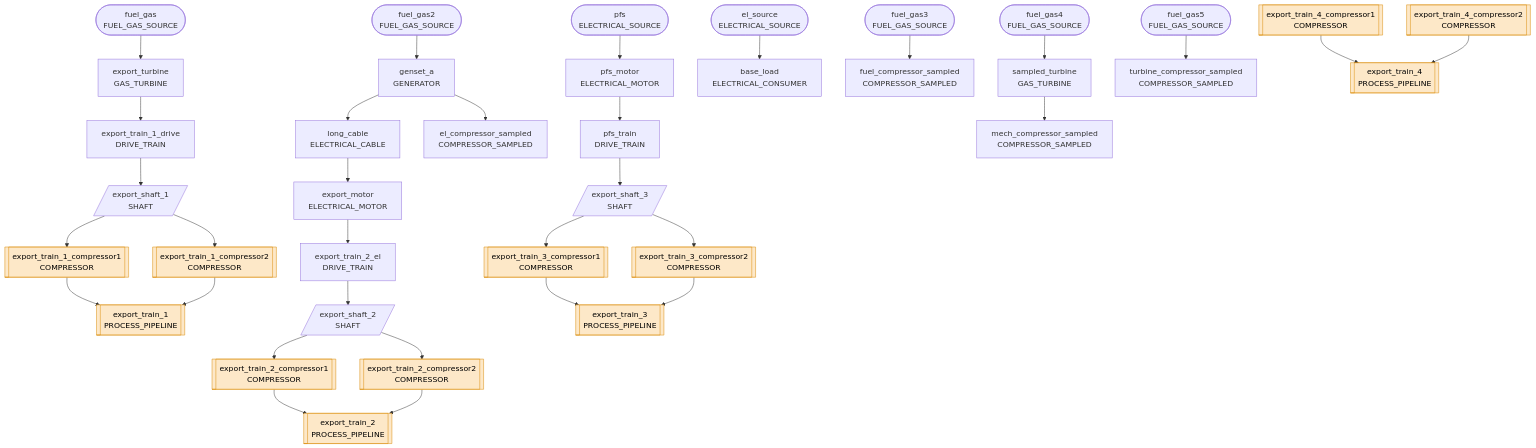
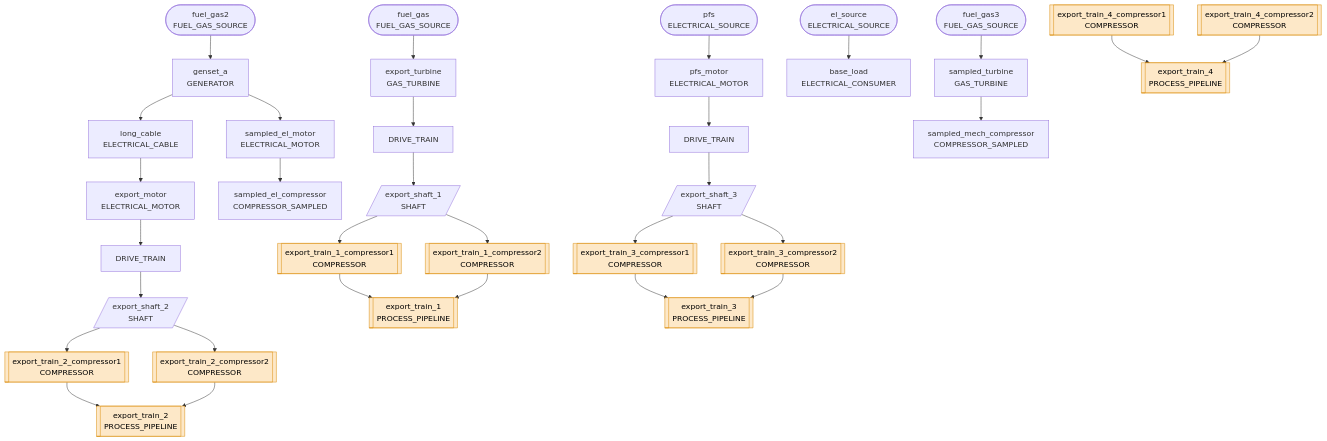
Before and after one commit to equinor/ecalc: the diagram in docs/docs/about/nextgen/examples/v5.mdx, drawn with Mermaid. The commit also changed other lines of this file and 40 other files, not shown here.

First line of the commit message:
fix: more strict Compressor sampled

````diff
--- a/docs/docs/about/nextgen/examples/v5.mdx
+++ b/docs/docs/about/nextgen/examples/v5.mdx
@@ -23,72 +21,68 @@
 ```mermaid
 graph TD
     fuel_gas(["fuel_gas<br/>FUEL_GAS_SOURCE"])
     fuel_gas2(["fuel_gas2<br/>FUEL_GAS_SOURCE"])
     fuel_gas3(["fuel_gas3<br/>FUEL_GAS_SOURCE"])
-    fuel_gas4(["fuel_gas4<br/>FUEL_GAS_SOURCE"])
-    fuel_gas5(["fuel_gas5<br/>FUEL_GAS_SOURCE"])
     el_source(["el_source<br/>ELECTRICAL_SOURCE"])
     pfs(["pfs<br/>ELECTRICAL_SOURCE"])
     export_turbine["export_turbine<br/>GAS_TURBINE"]
     genset_a["genset_a<br/>GENERATOR"]
     long_cable["long_cable<br/>ELECTRICAL_CABLE"]
     export_motor["export_motor<br/>ELECTRICAL_MOTOR"]
-    export_train_1_drive["export_train_1_drive<br/>DRIVE_TRAIN"]
-    export_train_2_el["export_train_2_el<br/>DRIVE_TRAIN"]
+    drive_train_export_shaft_1["DRIVE_TRAIN"]
+    drive_train_export_shaft_2["DRIVE_TRAIN"]
     pfs_motor["pfs_motor<br/>ELECTRICAL_MOTOR"]
-    pfs_train["pfs_train<br/>DRIVE_TRAIN"]
+    drive_train_export_shaft_3["DRIVE_TRAIN"]
     base_load["base_load<br/>ELECTRICAL_CONSUMER"]
-    el_compressor_sampled["el_compressor_sampled<br/>COMPRESSOR_SAMPLED"]
-    fuel_compressor_sampled["fuel_compressor_sampled<br/>COMPRESSOR_SAMPLED"]
+    sampled_el_motor["sampled_el_motor<br/>ELECTRICAL_MOTOR"]
+    sampled_el_compressor["sampled_el_compressor<br/>COMPRESSOR_SAMPLED"]
     sampled_turbine["sampled_turbine<br/>GAS_TURBINE"]
-    mech_compressor_sampled["mech_compressor_sampled<br/>COMPRESSOR_SAMPLED"]
-    turbine_compressor_sampled["turbine_compressor_sampled<br/>COMPRESSOR_SAMPLED"]
+    sampled_mech_compressor["sampled_mech_compressor<br/>COMPRESSOR_SAMPLED"]
     shaft_export_shaft_1[/"export_shaft_1<br/>SHAFT"/]
     shaft_export_shaft_2[/"export_shaft_2<br/>SHAFT"/]
     shaft_export_shaft_3[/"export_shaft_3<br/>SHAFT"/]
     compressor_export_train_1_compressor1[["export_train_1_compressor1<br/>COMPRESSOR"]]
     compressor_export_train_1_compressor2[["export_train_1_compressor2<br/>COMPRESSOR"]]
     compressor_export_train_2_compressor1[["export_train_2_compressor1<br/>COMPRESSOR"]]
     compressor_export_train_2_compressor2[["export_train_2_compressor2<br/>COMPRESSOR"]]
     compressor_export_train_3_compressor1[["export_train_3_compressor1<br/>COMPRESSOR"]]
     compressor_export_train_3_compressor2[["export_train_3_compressor2<br/>COMPRESSOR"]]
     compressor_export_train_4_compressor1[["export_train_4_compressor1<br/>COMPRESSOR"]]
     compressor_export_train_4_compressor2[["export_train_4_compressor2<br/>COMPRESSOR"]]
     pipeline_export_train_1[["export_train_1<br/>PROCESS_PIPELINE"]]
     pipeline_export_train_2[["export_train_2<br/>PROCESS_PIPELINE"]]
     pipeline_export_train_3[["export_train_3<br/>PROCESS_PIPELINE"]]
     pipeline_export_train_4[["export_train_4<br/>PROCESS_PIPELINE"]]
     fuel_gas --> export_turbine
     fuel_gas2 --> genset_a
     genset_a --> long_cable
     long_cable --> export_motor
-    export_turbine --> export_train_1_drive
-    export_motor --> export_train_2_el
+    export_turbine --> drive_train_export_shaft_1
+    export_motor --> drive_train_export_shaft_2
     pfs --> pfs_motor
-    pfs_motor --> pfs_train
+    pfs_motor --> drive_train_export_shaft_3
     el_source --> base_load
-    genset_a --> el_compressor_sampled
-    fuel_gas3 --> fuel_compressor_sampled
-    fuel_gas4 --> sampled_turbine
-    sampled_turbine --> mech_compressor_sampled
-    fuel_gas5 --> turbine_compressor_sampled
-    export_train_1_drive --> shaft_export_shaft_1
-    export_train_2_el --> shaft_export_shaft_2
-    pfs_train --> shaft_export_shaft_3
+    genset_a --> sampled_el_motor
+    sampled_el_motor --> sampled_el_compressor
+    fuel_gas3 --> sampled_turbine
+    sampled_turbine --> sampled_mech_compressor
+    drive_train_export_shaft_1 --> shaft_export_shaft_1
+    drive_train_export_shaft_2 --> shaft_export_shaft_2
+    drive_train_export_shaft_3 --> shaft_export_shaft_3
     shaft_export_shaft_1 --> compressor_export_train_1_compressor1
     shaft_export_shaft_1 --> compressor_export_train_1_compressor2
     shaft_export_shaft_2 --> compressor_export_train_2_compressor1
     shaft_export_shaft_2 --> compressor_export_train_2_compressor2
     shaft_export_shaft_3 --> compressor_export_train_3_compressor1
     shaft_export_shaft_3 --> compressor_export_train_3_compressor2
     compressor_export_train_1_compressor1 --> pipeline_export_train_1
     compressor_export_train_1_compressor2 --> pipeline_export_train_1
     compressor_export_train_2_compressor1 --> pipeline_export_train_2
     compressor_export_train_2_compressor2 --> pipeline_export_train_2
     compressor_export_train_3_compressor1 --> pipeline_export_train_3
     compressor_export_train_3_compressor2 --> pipeline_export_train_3
     compressor_export_train_4_compressor1 --> pipeline_export_train_4
     compressor_export_train_4_compressor2 --> pipeline_export_train_4
     classDef process fill:#fde8c8,stroke:#d98a00,color:#000
     class compressor_export_train_1_compressor1,compressor_export_train_1_compressor2,compressor_export_train_2_compressor1,compressor_export_train_2_compressor2,compressor_export_train_3_compressor1,compressor_export_train_3_compressor2,compressor_export_train_4_compressor1,compressor_export_train_4_compressor2,pipeline_export_train_1,pipeline_export_train_2,pipeline_export_train_3,pipeline_export_train_4 process
 ```
````
